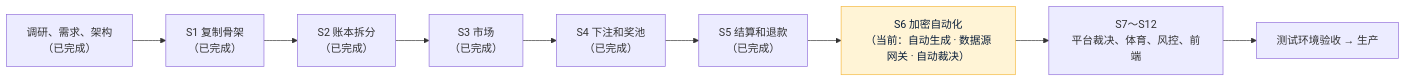
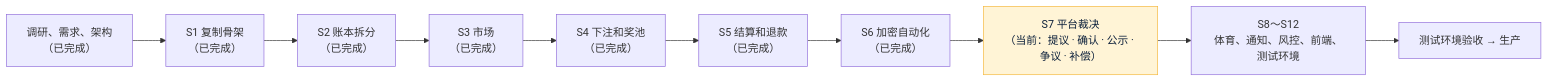
One commit to dollar3651314/forecast changed the diagram in 项目地图.md. Above: the diagram before and after it, drawn with Mermaid. The commit also changed other lines of this file and 2 other files, not shown here.

First line of the commit message:
S7 文档：开发记录、项目地图 v0.13、项目索引 v0.13

````diff
--- a/项目地图.md
+++ b/项目地图.md
@@ -11,5 +11,5 @@
 ```mermaid
 flowchart LR
-    R["调研、需求、架构<br/>（已完成）"] --> S1["S1 复制骨架<br/>（已完成）"] --> S2["S2 账本拆分<br/>（已完成）"] --> S3["S3 市场<br/>（已完成）"] --> S4["S4 下注和奖池<br/>（已完成）"] --> S5["S5 结算和退款<br/>（已完成）"] --> S6["S6 加密自动化<br/>（当前：自动生成 · 数据源网关 · 自动裁决）"]:::now --> S7["S7～S12<br/>平台裁决、体育、风控、前端"] --> T["测试环境验收 → 生产"]
+    R["调研、需求、架构<br/>（已完成）"] --> S1["S1 复制骨架<br/>（已完成）"] --> S2["S2 账本拆分<br/>（已完成）"] --> S3["S3 市场<br/>（已完成）"] --> S4["S4 下注和奖池<br/>（已完成）"] --> S5["S5 结算和退款<br/>（已完成）"] --> S6["S6 加密自动化<br/>（已完成）"] --> S7["S7 平台裁决<br/>（当前：提议 · 确认 · 公示 · 争议 · 补偿）"]:::now --> S8["S8～S12<br/>体育、通知、风控、前端、测试环境"] --> T["测试环境验收 → 生产"]
     classDef now fill:#FFF4D6,stroke:#F5B83D,color:#0B1F3A
 ```
````
